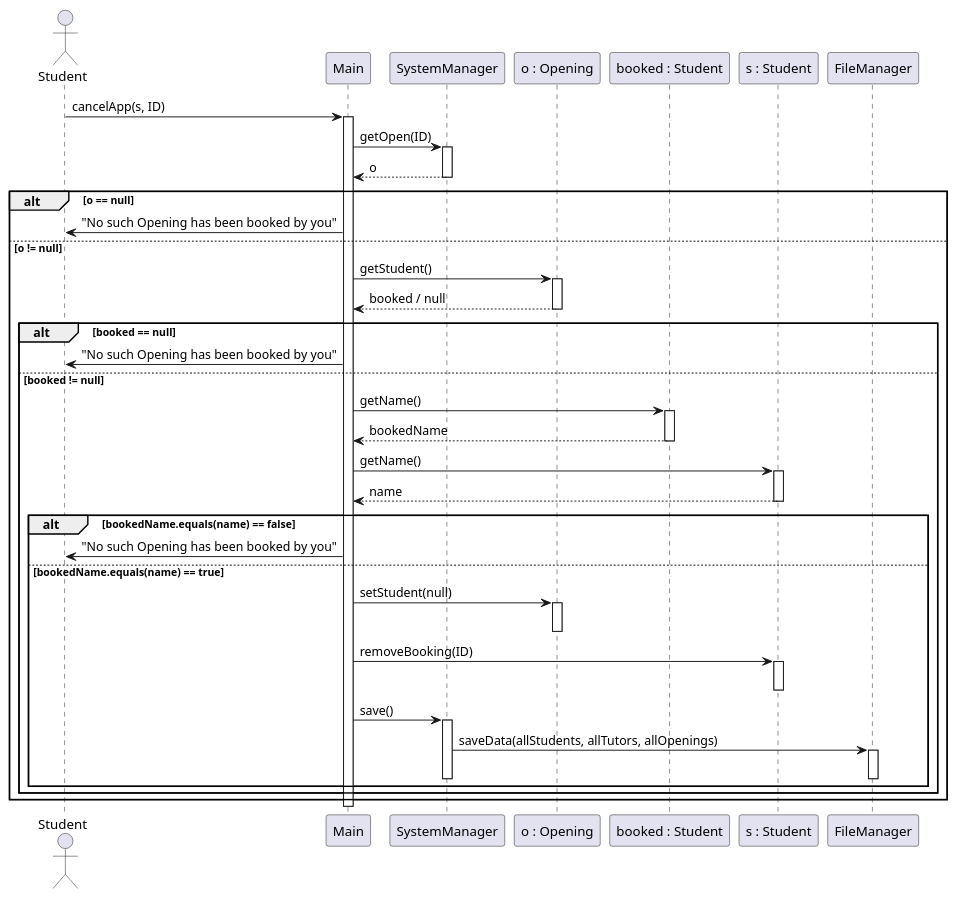
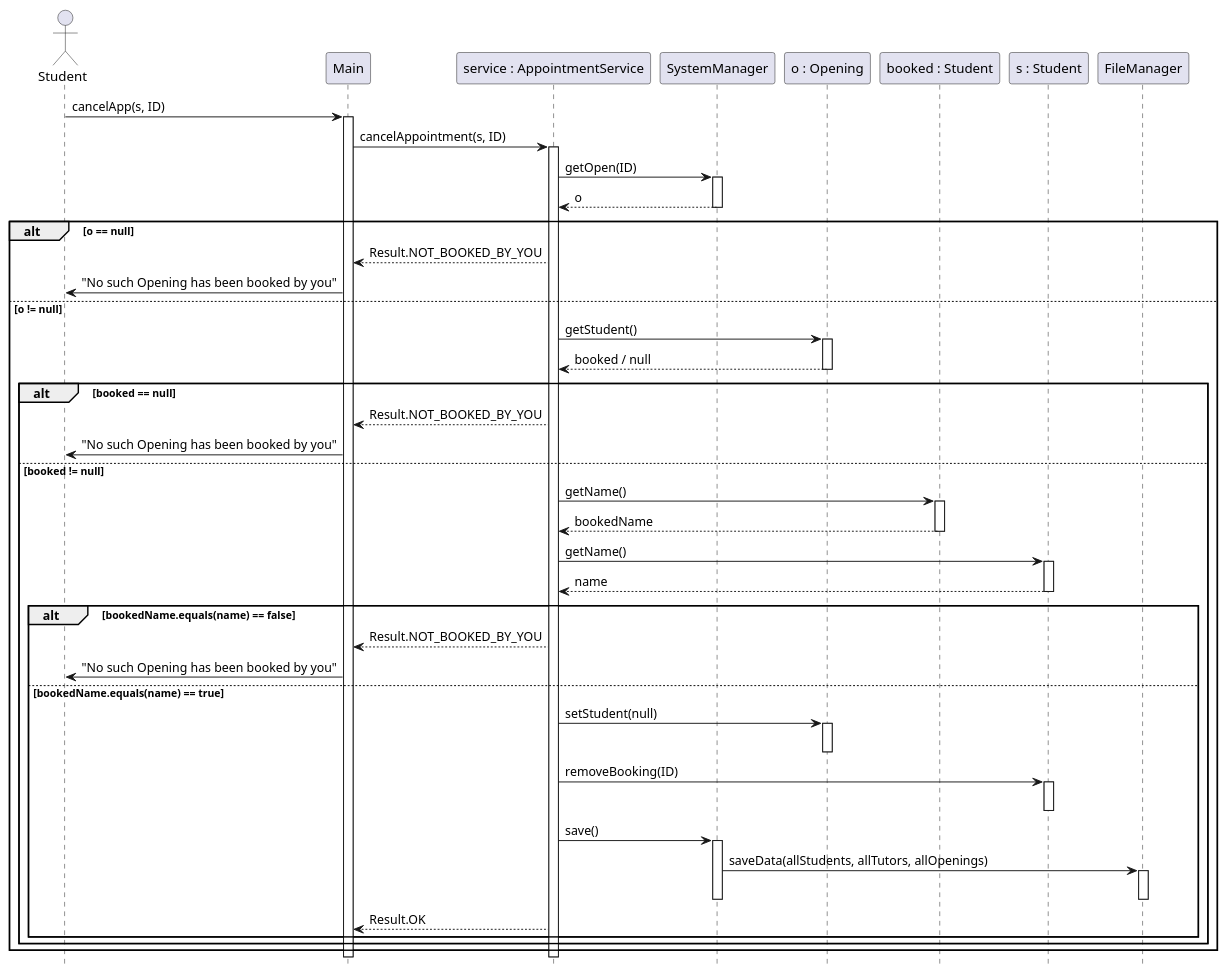
One commit to localhost433/OOPFinalProject changed the diagram in docs/diagrams/cancel-appointment-sequence.puml. Above: the diagram before and after it, drawn with PlantUML. The commit also changed 13 other files, not shown here.

```diff
--- a/docs/diagrams/cancel-appointment-sequence.puml
+++ b/docs/diagrams/cancel-appointment-sequence.puml
@@ -1,65 +1,77 @@
 @startuml cancel-appointment-sequence
 ' Sequence diagram — Student cancels an opening (Main.cancelApp)
+
+hide footbox
 
 actor Student as student
 
 participant "Main" as main
+participant "service : AppointmentService" as service
 participant "SystemManager" as sys
 participant "o : Opening" as open
 participant "booked : Student" as bObj
 participant "s : Student" as sObj
 participant "FileManager" as file
 
 student -> main : cancelApp(s, ID)
 activate main
 
-main -> sys : getOpen(ID)
+main -> service : cancelAppointment(s, ID)
+activate service
+
+service -> sys : getOpen(ID)
 activate sys
-sys --> main : o
+sys --> service : o
 deactivate sys
 
 alt o == null
+    service --> main : Result.NOT_BOOKED_BY_YOU
     main -> student : "No such Opening has been booked by you"
 else o != null
-    main -> open : getStudent()
+    service -> open : getStudent()
     activate open
-    open --> main : booked / null
+    open --> service : booked / null
     deactivate open
 
     alt booked == null
+        service --> main : Result.NOT_BOOKED_BY_YOU
         main -> student : "No such Opening has been booked by you"
     else booked != null
-        main -> bObj : getName()
+        service -> bObj : getName()
         activate bObj
-        bObj --> main : bookedName
+        bObj --> service : bookedName
         deactivate bObj
 
-        main -> sObj : getName()
+        service -> sObj : getName()
         activate sObj
-        sObj --> main : name
+        sObj --> service : name
         deactivate sObj
 
         alt bookedName.equals(name) == false
+            service --> main : Result.NOT_BOOKED_BY_YOU
             main -> student : "No such Opening has been booked by you"
         else bookedName.equals(name) == true
-            main -> open : setStudent(null)
+            service -> open : setStudent(null)
             activate open
             deactivate open
 
-            main -> sObj : removeBooking(ID)
+            service -> sObj : removeBooking(ID)
             activate sObj
             deactivate sObj
 
-            main -> sys : save()
+            service -> sys : save()
             activate sys
             sys -> file : saveData(allStudents, allTutors, allOpenings)
             activate file
             deactivate file
             deactivate sys
+
+            service --> main : Result.OK
         end
     end
 end
 
+deactivate service
 deactivate main
 
 @enduml
```
